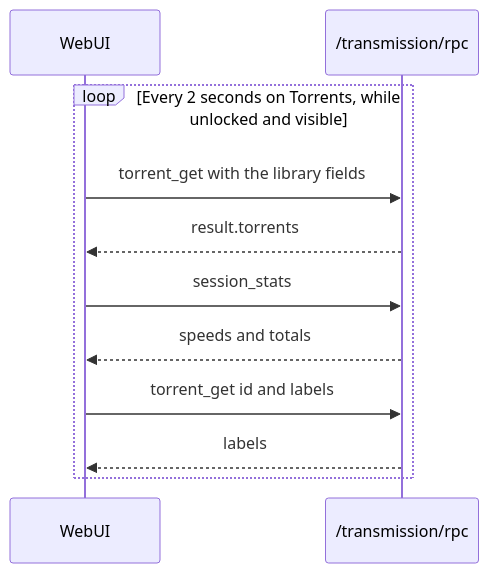
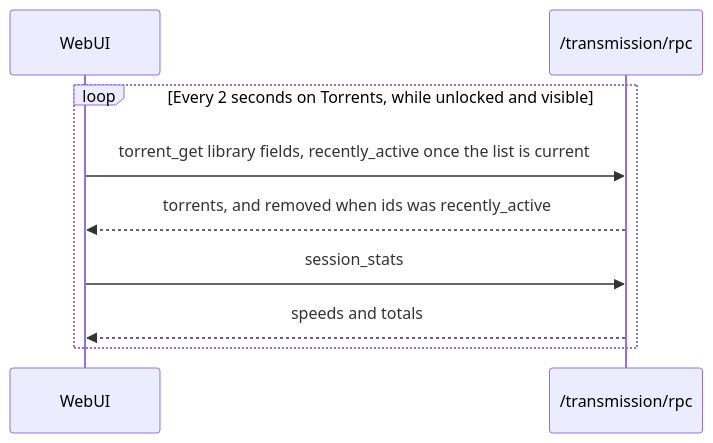
One commit to schleising/transmission-webui changed the sixth of 6 diagrams in Design/transmission-webui.md. Above: the diagram before and after it, drawn with Mermaid. The commit also changed other lines of this file and 6 other files, not shown here.

````diff
--- a/Design/transmission-webui.md
+++ b/Design/transmission-webui.md
@@ -313,14 +313,12 @@
 ```mermaid
 sequenceDiagram
   participant UI as WebUI
   participant RPC as /transmission/rpc
 
   loop Every 2 seconds on Torrents, while unlocked and visible
-    UI->>RPC: torrent_get with the library fields
-    RPC-->>UI: result.torrents
+    UI->>RPC: torrent_get library fields, recently_active once the list is current
+    RPC-->>UI: torrents, and removed when ids was recently_active
     UI->>RPC: session_stats
     RPC-->>UI: speeds and totals
-    UI->>RPC: torrent_get id and labels
-    RPC-->>UI: labels
   end
 ```
````
